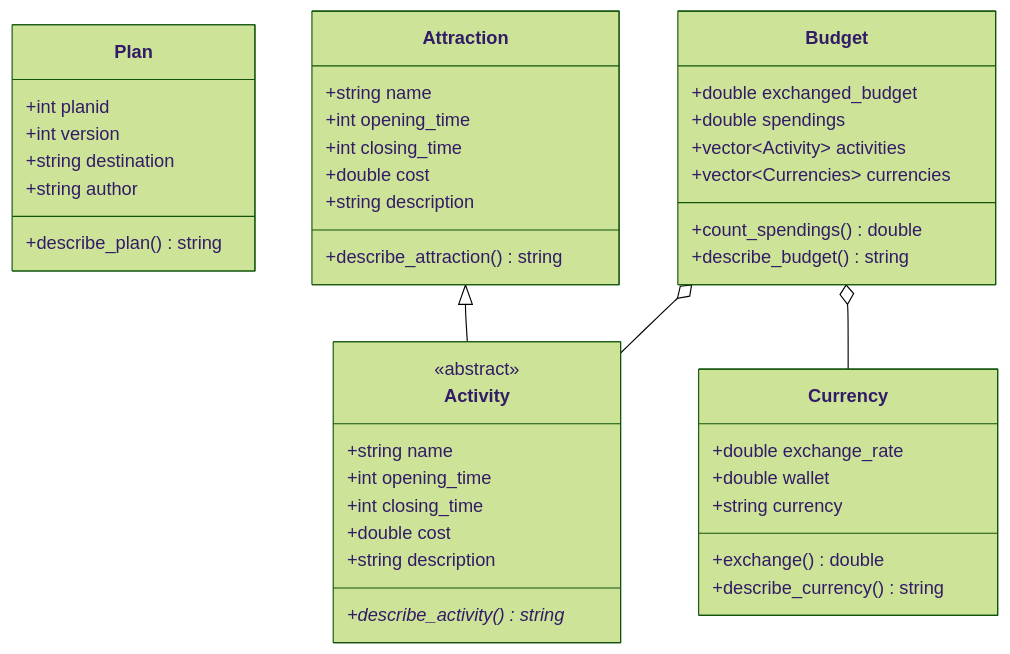
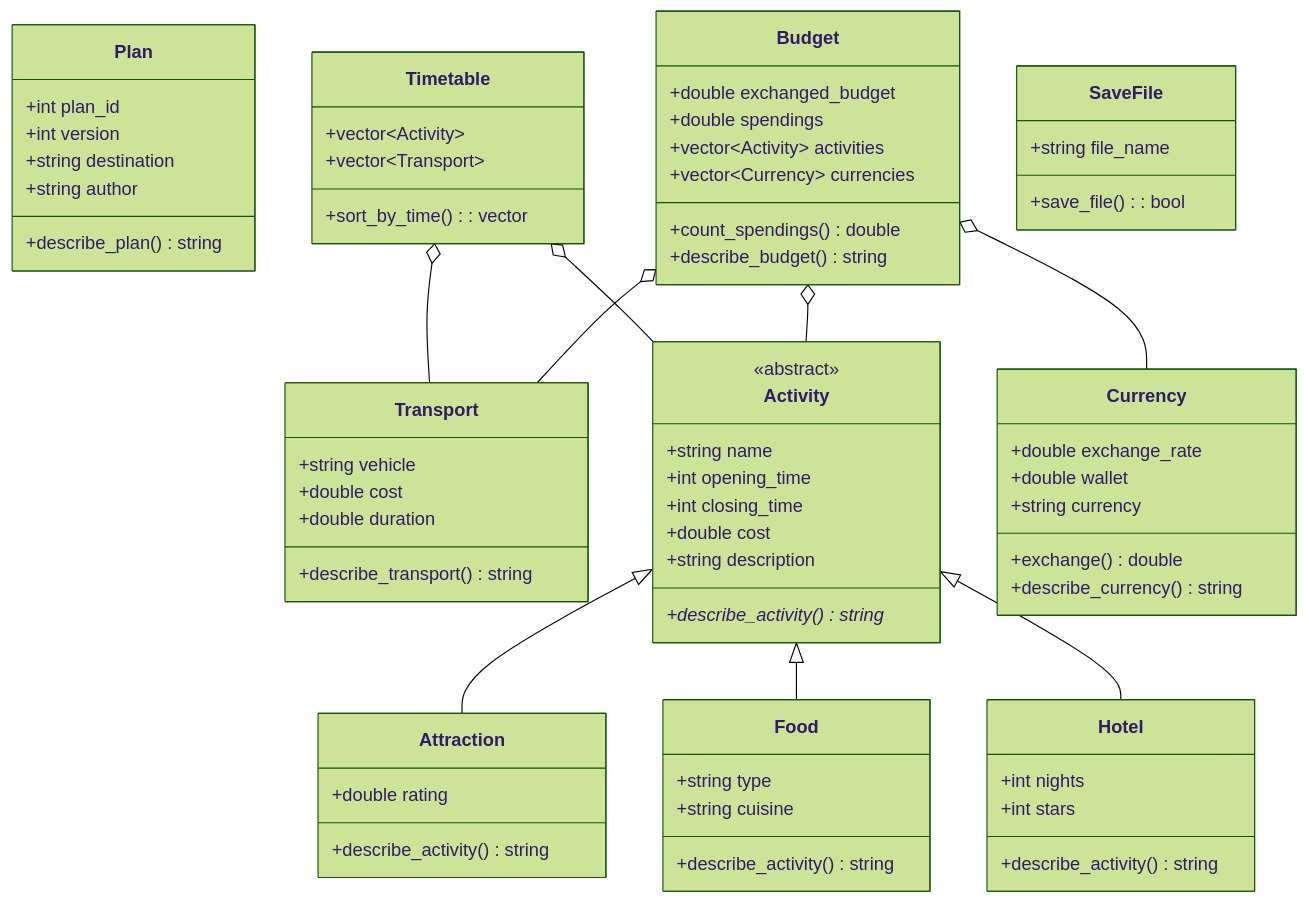
The diagram in README.md (Kinnpg/Trip-Planer), drawn with Mermaid (forest theme) before and after one commit. The commit also changed other lines of this file and 4 other files, not shown here.

````diff
--- a/README.md
+++ b/README.md
@@ -18,7 +17,7 @@
-```Mermaid
+```mermaid
 classDiagram
     class Plan {
-        +int planid
+        +int plan_id
         +int version
         +string destination
         +string author
@@ -27,13 +26,29 @@
     }
 
     class Attraction {
-        +string name
-        +int opening_time
-        +int closing_time
+        +double rating
+        
+        +describe_activity() string
+    }
+
+    class Food {
+        +string type
+        +string cuisine
+
+        +describe_activity() string
+    }
+    class Hotel {
+        +int nights
+        +int stars
+
+        +describe_activity() string
+    }
+    class Transport {
+        +string vehicle
         +double cost
-        +string description
+        +double duration
 
-        +describe_attraction() string
+        +describe_transport() string
     }
 
     class Activity {
@@ -51,7 +66,7 @@
         +double exchanged_budget
         +double spendings
         +vector~Activity~ activities
-        +vector~Currencies~ currencies
+        +vector~Currency~ currencies
 
         +count_spendings() double
         +describe_budget() string
@@ -65,8 +80,24 @@
         +exchange() double
         +describe_currency() string
     }
+    class Timetable {
+        +vector~Activity~
+        +vector~Transport~
+        
+        +sort_by_time() : vector<string>
+    }
+    class SaveFile {
+        +string file_name
+        
+        +save_file() : bool
+    }
 
-    Attraction <|-- Activity
+    Activity <|-- Attraction
+    Activity <|-- Food
+    Activity <|-- Hotel
     Budget o-- Activity
     Budget o-- Currency
+    Budget o-- Transport
+    Timetable o-- Activity
+    Timetable o--Transport
 ```
````
